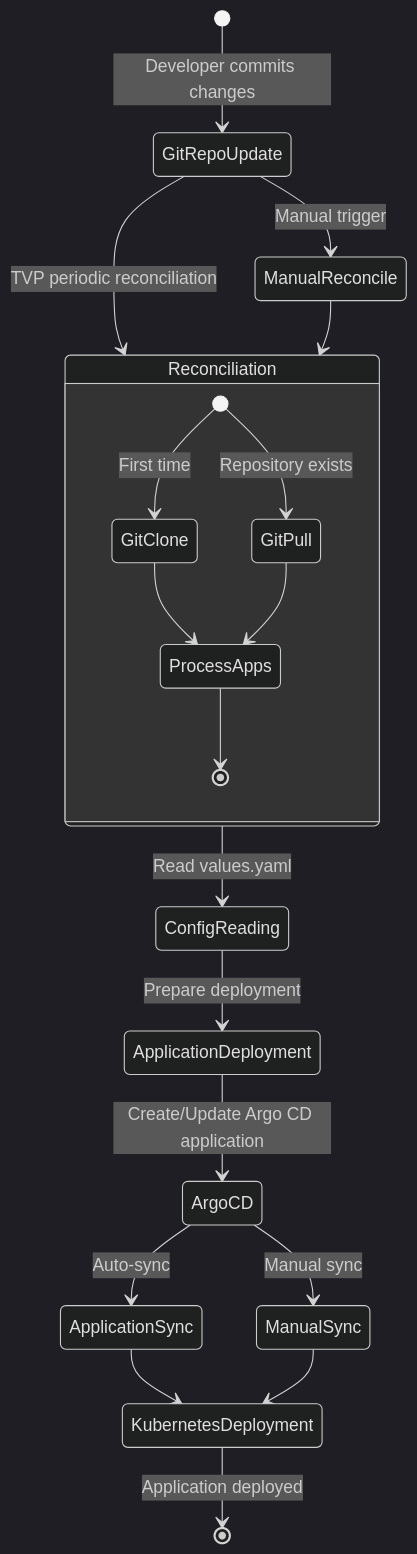
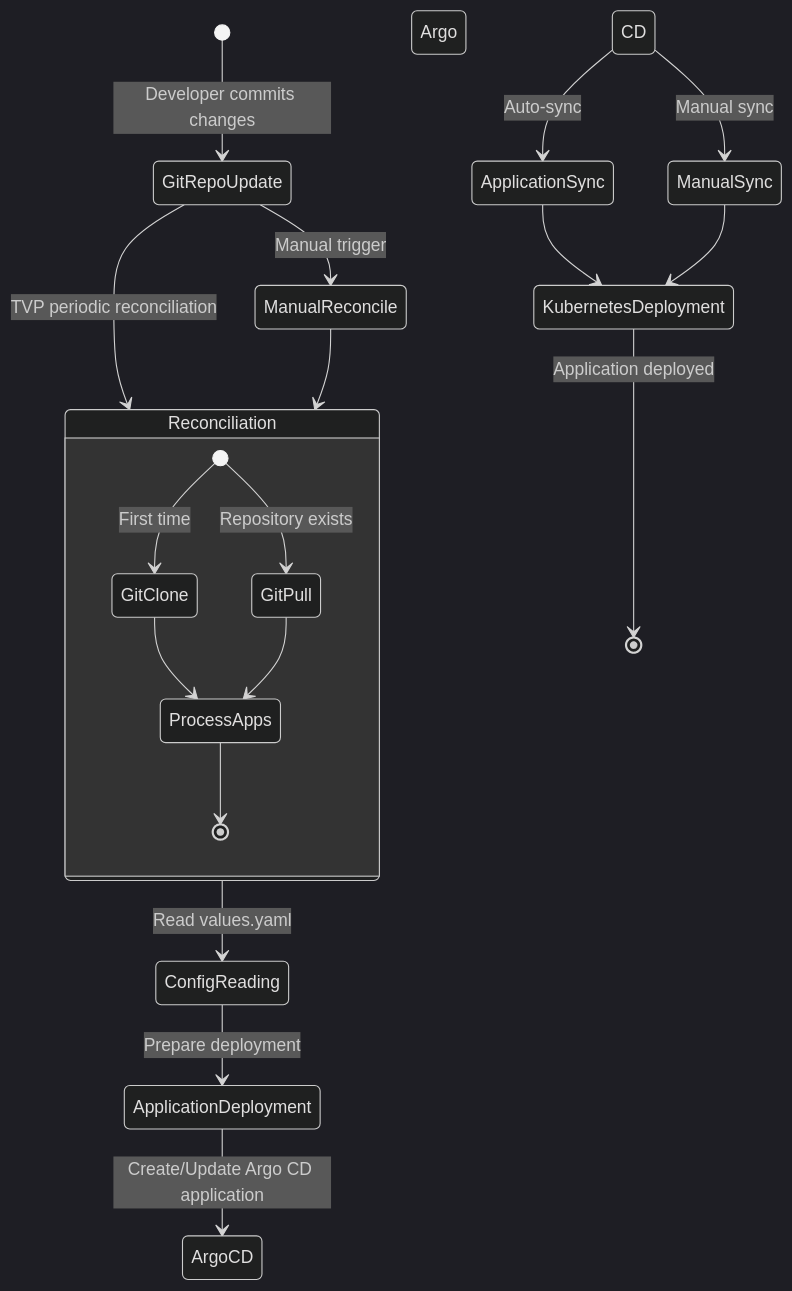
One commit to lloydchang/tvp-k8s changed the eighth of 9 diagrams in README.md. Above: the diagram before and after it, drawn with Mermaid (dark theme).

````diff
--- a/README.md
+++ b/README.md
@@ -380,30 +380,30 @@
 ```mermaid
 stateDiagram-v2
     [*] --> GitRepoUpdate: Developer commits changes
     
     GitRepoUpdate --> Reconciliation: TVP periodic reconciliation
     GitRepoUpdate --> ManualReconcile: Manual trigger
     
     ManualReconcile --> Reconciliation
     
     Reconciliation --> ConfigReading: Read values.yaml
     ConfigReading --> ApplicationDeployment: Prepare deployment
     ApplicationDeployment --> ArgoCD: Create/Update Argo CD application
     
-    ArgoCD --> ApplicationSync: Auto-sync
-    ArgoCD --> ManualSync: Manual sync
+    Argo CD --> ApplicationSync: Auto-sync
+    Argo CD --> ManualSync: Manual sync
     
     ApplicationSync --> KubernetesDeployment
     ManualSync --> KubernetesDeployment
     
     KubernetesDeployment --> [*]: Application deployed
     
     state Reconciliation {
         [*] --> GitClone: First time
         [*] --> GitPull: Repository exists
         GitClone --> ProcessApps
         GitPull --> ProcessApps
         ProcessApps --> [*]
     }
 
 ```
````
